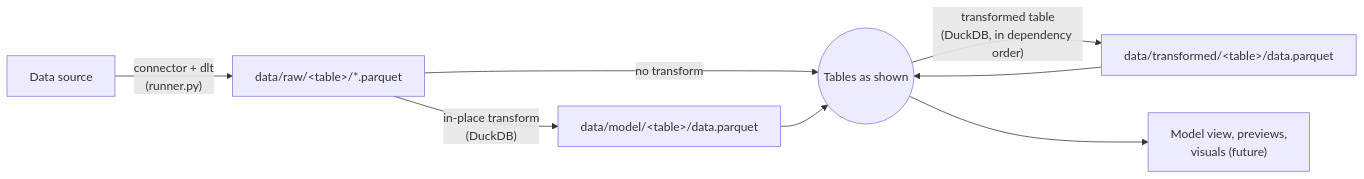
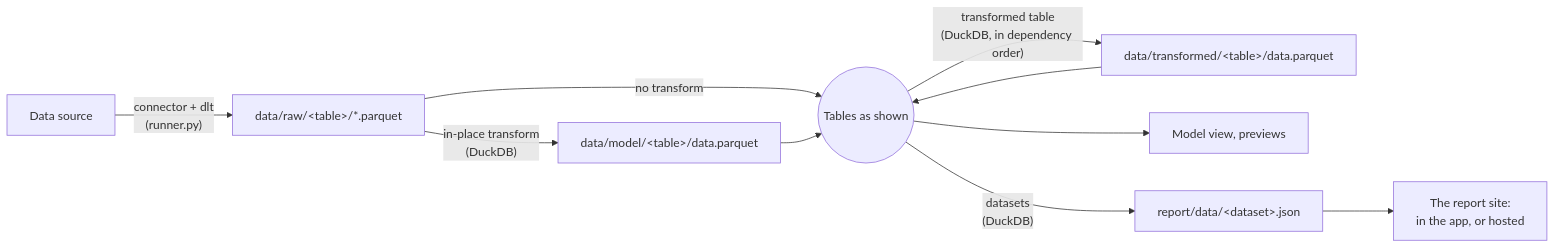
One commit to Elliot11/pawpawbi changed the second of 2 diagrams in docs/architecture.md. Above: the diagram before and after it, drawn with Mermaid. The commit also changed other lines of this file and 32 other files, not shown here.

First line of the commit message:
feat(report): add report site templates and functionality

````diff
--- a/docs/architecture.md
+++ b/docs/architecture.md
@@ -121,10 +123,12 @@
 ```mermaid
 flowchart LR
   SRC["Data source"] -->|"connector + dlt<br/>(runner.py)"| RAW["data/raw/&lt;table&gt;/*.parquet"]
   RAW -->|"in-place transform<br/>(DuckDB)"| MOD["data/model/&lt;table&gt;/data.parquet"]
   RAW -->|"no transform"| CUR(("Tables as shown"))
   MOD --> CUR
   CUR -->|"transformed table<br/>(DuckDB, in dependency order)"| TR["data/transformed/&lt;table&gt;/data.parquet"]
   TR --> CUR
-  CUR --> USE["Model view, previews,<br/>visuals (future)"]
+  CUR --> USE["Model view, previews"]
+  CUR -->|"datasets<br/>(DuckDB)"| SITE["report/data/&lt;dataset&gt;.json"]
+  SITE --> WEB["The report site:<br/>in the app, or hosted"]
 ```
````
